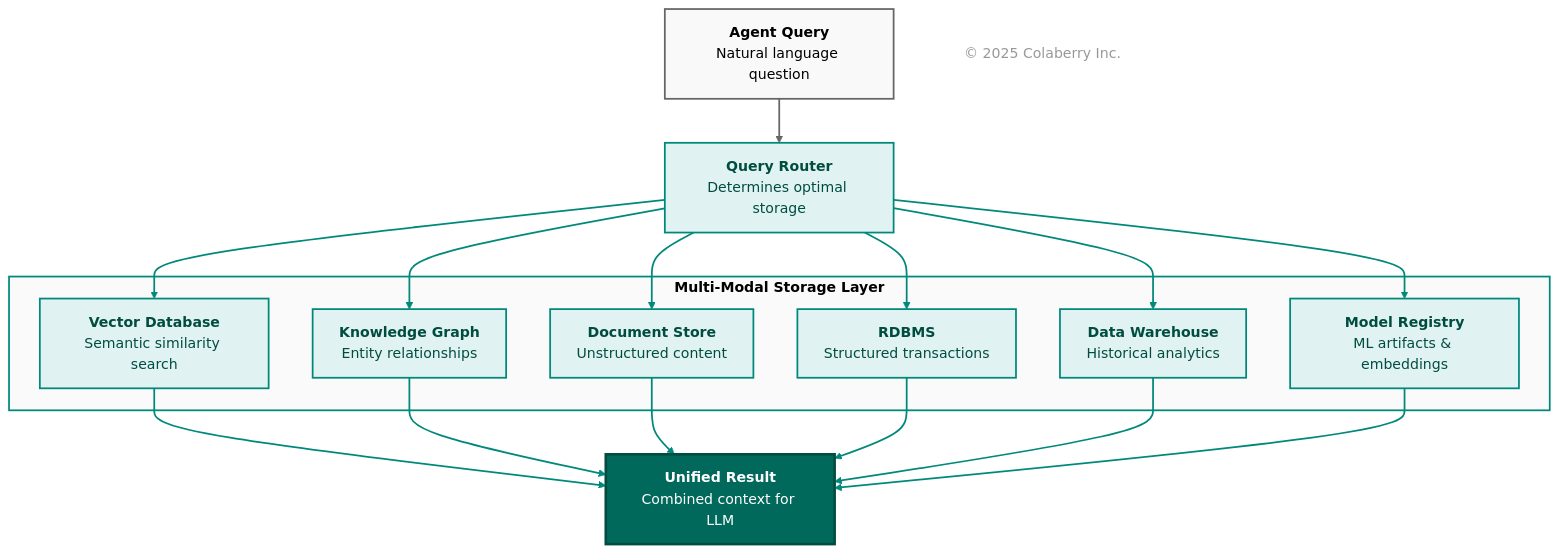
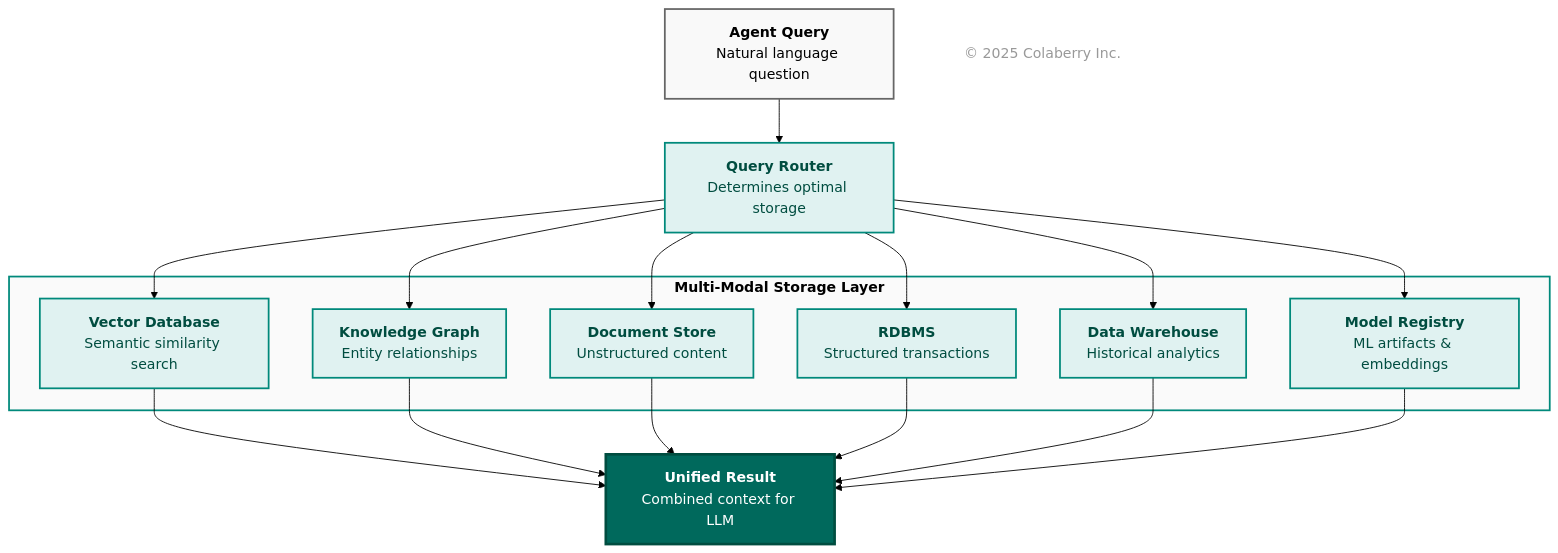
The fourth of 16 diagrams in chapter-01/chapter_1_complete.md (colaberry/enterprise-data-readiness-ai-agents), drawn with Mermaid (forest theme) before and after one commit. The commit also changed other lines of this file, not shown here.

First line of the commit message:
chapter 1 diagram 2 fix

````diff
--- a/chapter-01/chapter_1_complete.md
+++ b/chapter-01/chapter_1_complete.md
@@ -528,63 +520,51 @@
 ```mermaid
 graph TB
     Q["<b>Agent Query</b><br/>Natural language question"]
     
     R["<b>Query Router</b><br/>Determines optimal storage"]
     
     subgraph storage["<b>Multi-Modal Storage Layer</b>"]
         V["<b>Vector Database</b><br/>Semantic similarity search"]
         K["<b>Knowledge Graph</b><br/>Entity relationships"]
         D["<b>Document Store</b><br/>Unstructured content"]
         S["<b>RDBMS</b><br/>Structured transactions"]
         W["<b>Data Warehouse</b><br/>Historical analytics"]
         M["<b>Model Registry</b><br/>ML artifacts & embeddings"]
     end
     
     U["<b>Unified Result</b><br/>Combined context for LLM"]
     
     Q --> R
     R --> V
     R --> K
     R --> D
     R --> S
     R --> W
     R --> M
     
     V --> U
     K --> U
     D --> U
     S --> U
     W --> U
     M --> U
     
     %% Link styling
-    linkStyle 0 stroke:#666666,stroke-width:2px
-    linkStyle 1 stroke:#00897b,stroke-width:2px
-    linkStyle 2 stroke:#00897b,stroke-width:2px
-    linkStyle 3 stroke:#00897b,stroke-width:2px
-    linkStyle 4 stroke:#00897b,stroke-width:2px
-    linkStyle 5 stroke:#00897b,stroke-width:2px
-    linkStyle 6 stroke:#00897b,stroke-width:2px
-    linkStyle 7 stroke:#00897b,stroke-width:2px
-    linkStyle 8 stroke:#00897b,stroke-width:2px
-    linkStyle 9 stroke:#00897b,stroke-width:2px
-    linkStyle 10 stroke:#00897b,stroke-width:2px
-    linkStyle 11 stroke:#00897b,stroke-width:2px
-    linkStyle 12 stroke:#00897b,stroke-width:2px
     
     style Q fill:#f9f9f9,stroke:#666666,stroke-width:2px,color:#000000
     style R fill:#e0f2f1,stroke:#00897b,stroke-width:2px,color:#004d40
     style storage fill:#fafafa,stroke:#00897b,stroke-width:2px,color:#000000
     style V fill:#e0f2f1,stroke:#00897b,stroke-width:2px,color:#004d40
     style K fill:#e0f2f1,stroke:#00897b,stroke-width:2px,color:#004d40
     style D fill:#e0f2f1,stroke:#00897b,stroke-width:2px,color:#004d40
     style S fill:#e0f2f1,stroke:#00897b,stroke-width:2px,color:#004d40
     style W fill:#e0f2f1,stroke:#00897b,stroke-width:2px,color:#004d40
     style M fill:#e0f2f1,stroke:#00897b,stroke-width:2px,color:#004d40
 
     %% Copyright Notice
     CR["© 2025 Colaberry Inc."]
 
     style U fill:#00695c,color:#ffffff,stroke:#004d40,stroke-width:3px
     style CR fill:none,stroke:none,color:#999999
+
 ```
````
